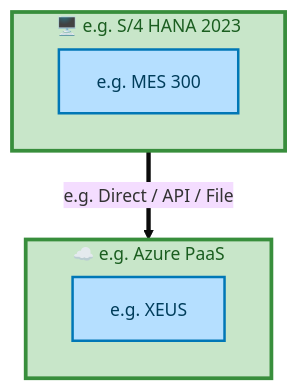
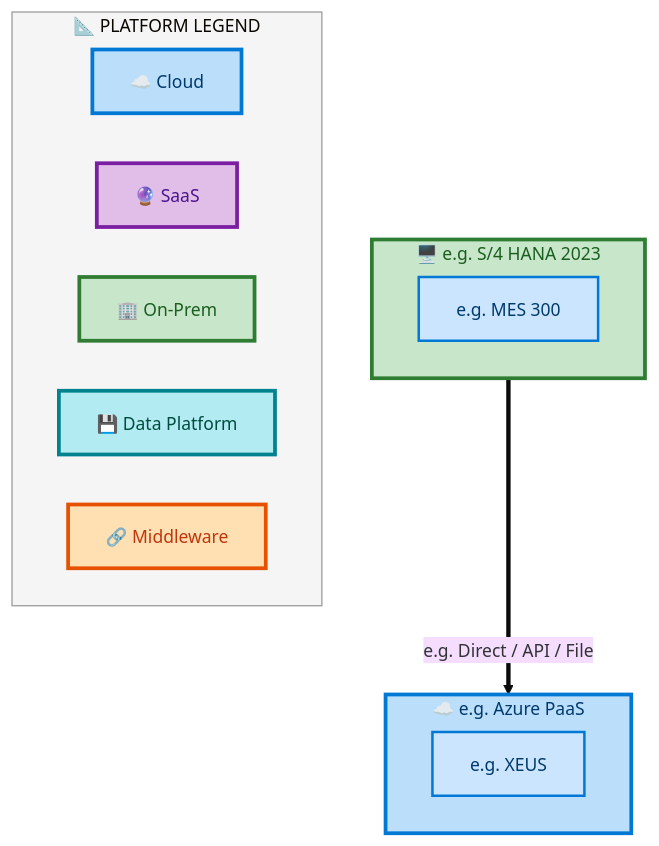
Before and after one commit to sajivfrancis777/IAO-Architecture: the seventh of 7 diagrams in towers/E2E/Procure to Pay/E2E-52/output/docs/systems-architecture/E2E-52-Architecture.md, drawn with Mermaid. The commit also changed other lines of this file and 394 other files, not shown here.

First line of the commit message:
feat: structured layer ordering for Mermaid architecture diagrams

````diff
--- a/towers/E2E/Procure to Pay/E2E-52/output/docs/systems-architecture/E2E-52-Architecture.md
+++ b/towers/E2E/Procure to Pay/E2E-52/output/docs/systems-architecture/E2E-52-Architecture.md
@@ -826,22 +859,36 @@
 ```mermaid
 %%{init: {"theme": "base", "securityLevel": "loose", "themeVariables": {"fontSize": "14px", "fontFamily": "Segoe UI, Arial"}, "flowchart": {"useMaxWidth": false, "htmlLabels": true, "nodeSpacing": 40, "rankSpacing": 50}} }%%
 flowchart TB
-    classDef appBox fill:#B5DFFF,stroke:#0077B6,stroke-width:2px,color:#003D5B
-    classDef platBox fill:#C8E6C9,stroke:#388E3C,stroke-width:3px,color:#1B5E20
-    classDef eolBox fill:#FFB5B5,stroke:#CC0000,stroke-width:2px,color:#660000
+    classDef appBox fill:#CCE5FF,stroke:#0078D4,stroke-width:2px,color:#003A6C
+    classDef platBox fill:#C8E6C9,stroke:#2E7D32,stroke-width:3px,color:#1B5E20
+    classDef eolBox fill:#FFCDD2,stroke:#C62828,stroke-width:2px,color:#B71C1C
 
     subgraph E2E52FPLP_e_g_Azure_PaaS["☁️ e.g. Azure PaaS"]
         direction LR
         E2E52FPLA_e_g_XEUS["e.g. XEUS"]:::appBox
     end
-    style E2E52FPLP_e_g_Azure_PaaS fill:#C8E6C9,stroke:#388E3C,stroke-width:3px,color:#1B5E20
+    style E2E52FPLP_e_g_Azure_PaaS fill:#BBDEFB,stroke:#0078D4,stroke-width:3px,color:#003A6C
 
     subgraph E2E52FPLP_e_g_S_4_HANA_2023["🖥️ e.g. S/4 HANA 2023"]
         direction LR
         E2E52FPLA_e_g_MES_300["e.g. MES 300"]:::appBox
     end
-    style E2E52FPLP_e_g_S_4_HANA_2023 fill:#C8E6C9,stroke:#388E3C,stroke-width:3px,color:#1B5E20
+    style E2E52FPLP_e_g_S_4_HANA_2023 fill:#C8E6C9,stroke:#2E7D32,stroke-width:3px,color:#1B5E20
 
     E2E52FPLP_e_g_S_4_HANA_2023 ==>|"e.g. Direct / API / File"| E2E52FPLP_e_g_Azure_PaaS
 
+    subgraph E2E52FPLLegend["📐 PLATFORM LEGEND"]
+        direction LR
+        E2E52FPLLC["☁️ Cloud"]
+        E2E52FPLLS["🔮 SaaS"]
+        E2E52FPLLO["🏢 On-Prem"]
+        E2E52FPLLD["💾 Data Platform"]
+        E2E52FPLLM["🔗 Middleware"]
+    end
+    style E2E52FPLLegend fill:#F5F5F5,stroke:#999,stroke-width:1px
+    style E2E52FPLLC fill:#BBDEFB,stroke:#0078D4,stroke-width:3px,color:#003A6C
+    style E2E52FPLLS fill:#E1BEE7,stroke:#7B1FA2,stroke-width:3px,color:#4A148C
+    style E2E52FPLLO fill:#C8E6C9,stroke:#2E7D32,stroke-width:3px,color:#1B5E20
+    style E2E52FPLLD fill:#B2EBF2,stroke:#00838F,stroke-width:3px,color:#004D40
+    style E2E52FPLLM fill:#FFE0B2,stroke:#E65100,stroke-width:3px,color:#BF360C
 ```
````
